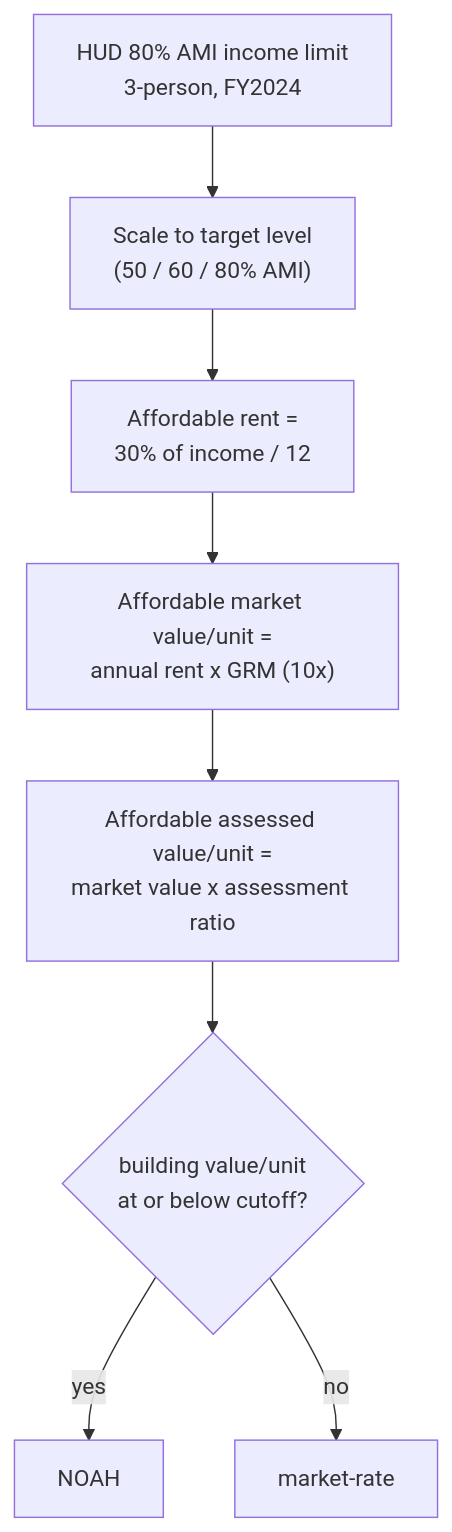
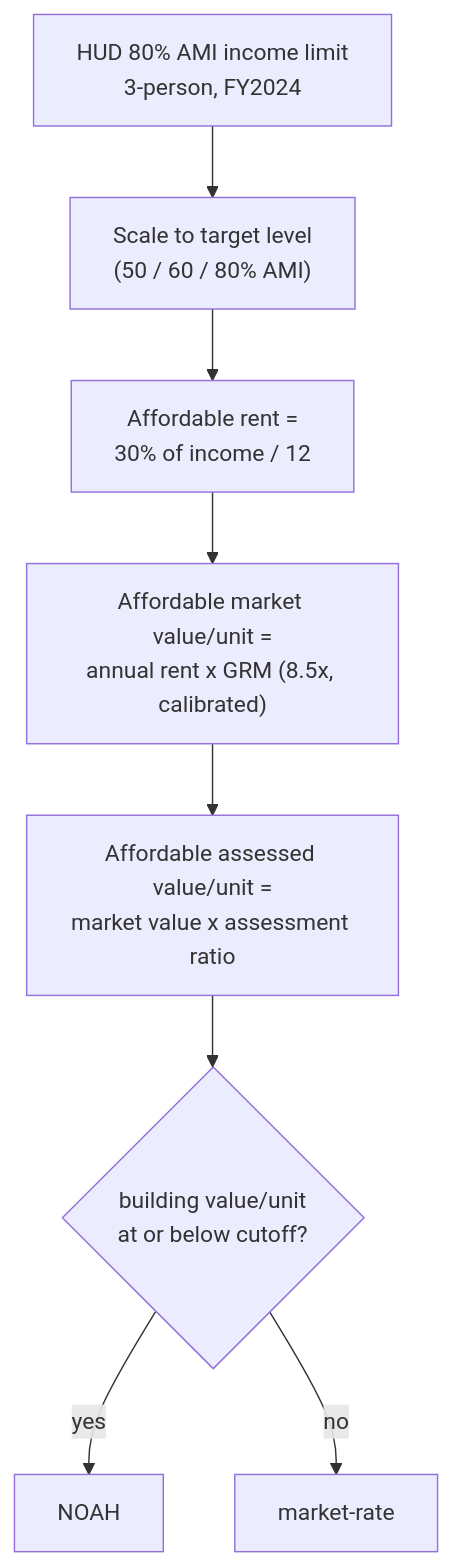
The ninth of 10 diagrams in data-methods.qmd (alibishokputov/green-gap-affordable-housing), drawn with Mermaid before and after one commit. The commit also changed other lines of this file and 13 other files, not shown here.

First line of the commit message:
Rent validation, subsidy split, calibrated GRM, bivariate dashboard tab

````diff
--- a/data-methods.qmd
+++ b/data-methods.qmd
@@ -249,10 +278,10 @@
 ```{mermaid}
 flowchart TD
   A["HUD 80% AMI income limit<br/>3-person, FY2024"] --> B["Scale to target level<br/>(50 / 60 / 80% AMI)"]
   B --> C["Affordable rent =<br/>30% of income / 12"]
-  C --> D["Affordable market value/unit =<br/>annual rent x GRM (10x)"]
+  C --> D["Affordable market value/unit =<br/>annual rent x GRM (8.5x, calibrated)"]
   D --> E["Affordable assessed value/unit =<br/>market value x assessment ratio"]
   E --> F{"building value/unit<br/>at or below cutoff?"}
   F -->|yes| G["NOAH"]
   F -->|no| H["market-rate"]
 ```
````
